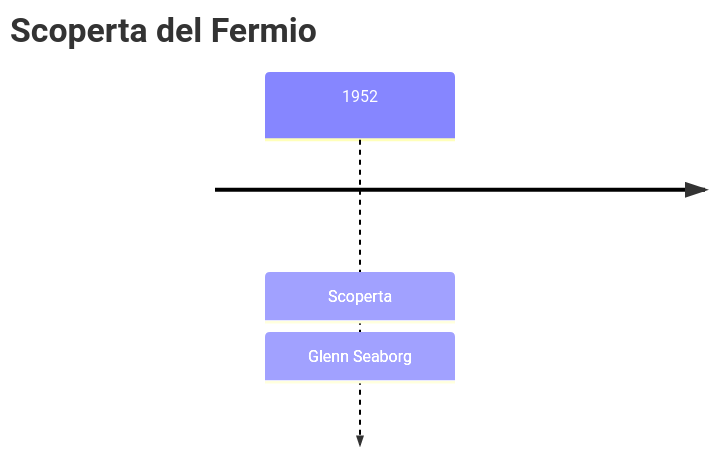
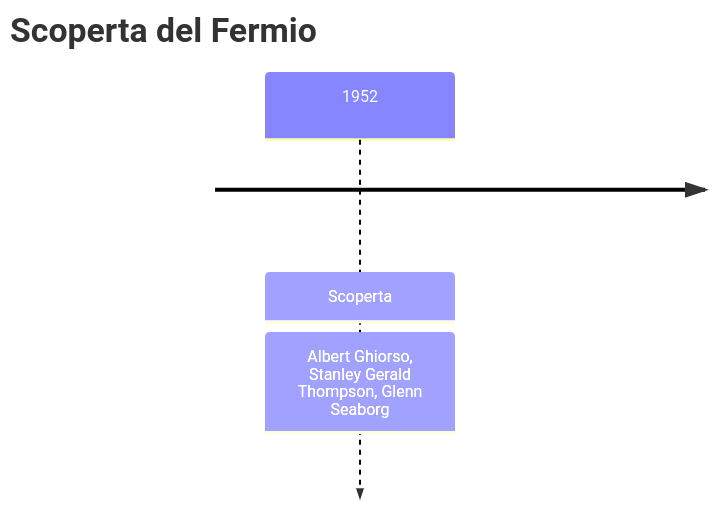
Before and after one commit to gianlucaciarcelluti/elements-caos: the first of 3 diagrams in vault/Elementi/Fermio.md, drawn with Mermaid. The commit also changed other lines of this file and 8 other files, not shown here.

````diff
--- a/vault/Elementi/Fermio.md
+++ b/vault/Elementi/Fermio.md
@@ -28,5 +28,5 @@
 ```mermaid
 timeline
     title Scoperta del Fermio
-    1952 : Scoperta : Glenn Seaborg
+    1952 : Scoperta : Albert Ghiorso, Stanley Gerald Thompson, Glenn Seaborg
 ```
````
